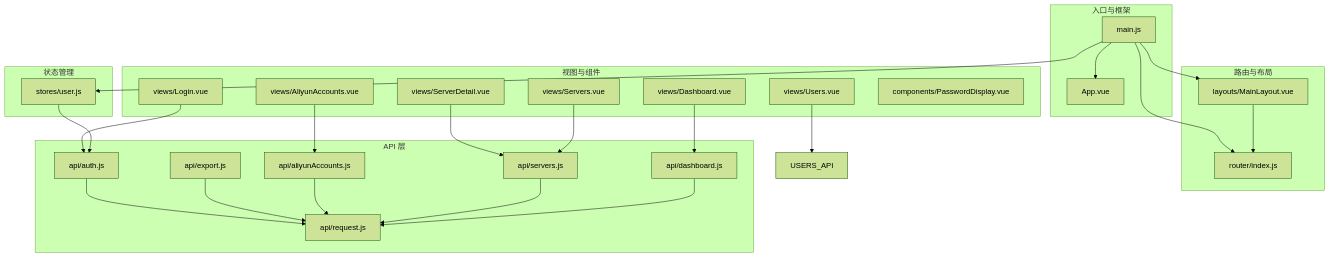
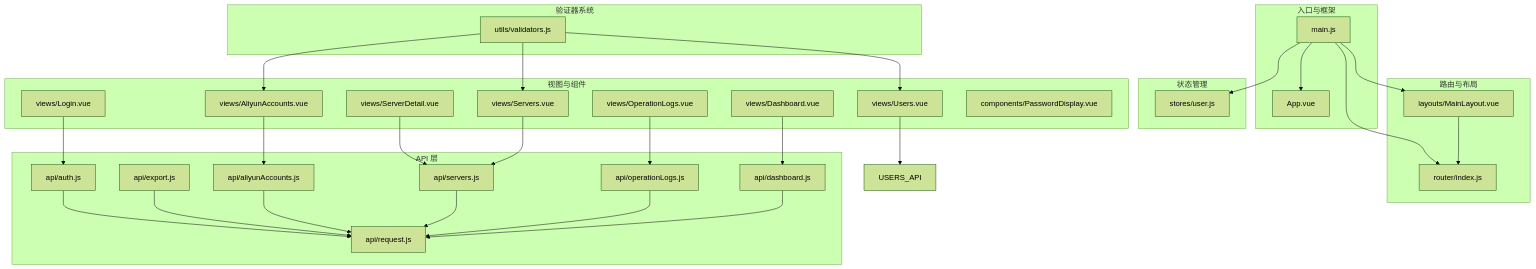
One commit to ismine3/OPS changed the first of 16 diagrams in .qoder/repowiki/zh/content/前端架构设计/前端架构设计.md. Above: the diagram before and after it, drawn with Mermaid (forest theme). The commit also changed other lines of this file and 5 other files, not shown here.

````diff
--- a/.qoder/repowiki/zh/content/前端架构设计/前端架构设计.md
+++ b/.qoder/repowiki/zh/content/前端架构设计/前端架构设计.md
@@ -64,48 +68,57 @@
 ```mermaid
 graph TB
 subgraph "入口与框架"
 MAIN["main.js"]
 APP["App.vue"]
 end
 subgraph "路由与布局"
 ROUTER["router/index.js"]
 LAYOUT["layouts/MainLayout.vue"]
 end
 subgraph "状态管理"
 STORE_USER["stores/user.js"]
 end
 subgraph "API 层"
 REQ["api/request.js"]
 AUTH_API["api/auth.js"]
 EXPORT_API["api/export.js"]
 ALIYUN_API["api/aliyunAccounts.js"]
 SERVERS_API["api/servers.js"]
+OPERATION_LOGS_API["api/operationLogs.js"]
 DASH_API["api/dashboard.js"]
+end
+subgraph "验证器系统"
+VALIDATORS["utils/validators.js"]
 end
 subgraph "视图与组件"
 LOGIN["views/Login.vue"]
 DASHBOARD["views/Dashboard.vue"]
 ALIYUN_ACCOUNTS["views/AliyunAccounts.vue"]
 SERVER_DETAIL["views/ServerDetail.vue"]
 SERVERS["views/Servers.vue"]
 USERS["views/Users.vue"]
+OPERATION_LOGS["views/OperationLogs.vue"]
 PWD_COMP["components/PasswordDisplay.vue"]
 end
 MAIN --> APP
 MAIN --> ROUTER
 MAIN --> STORE_USER
 MAIN --> LAYOUT
 LAYOUT --> ROUTER
 LOGIN --> AUTH_API
 DASHBOARD --> DASH_API
 ALIYUN_ACCOUNTS --> ALIYUN_API
 SERVER_DETAIL --> SERVERS_API
 SERVERS --> SERVERS_API
 USERS --> USERS_API
+OPERATION_LOGS --> OPERATION_LOGS_API
 AUTH_API --> REQ
 EXPORT_API --> REQ
 ALIYUN_API --> REQ
 SERVERS_API --> REQ
+OPERATION_LOGS_API --> REQ
 DASH_API --> REQ
-STORE_USER --> AUTH_API
+VALIDATORS --> SERVERS
+VALIDATORS --> ALIYUN_ACCOUNTS
+VALIDATORS --> USERS
 ```
````
